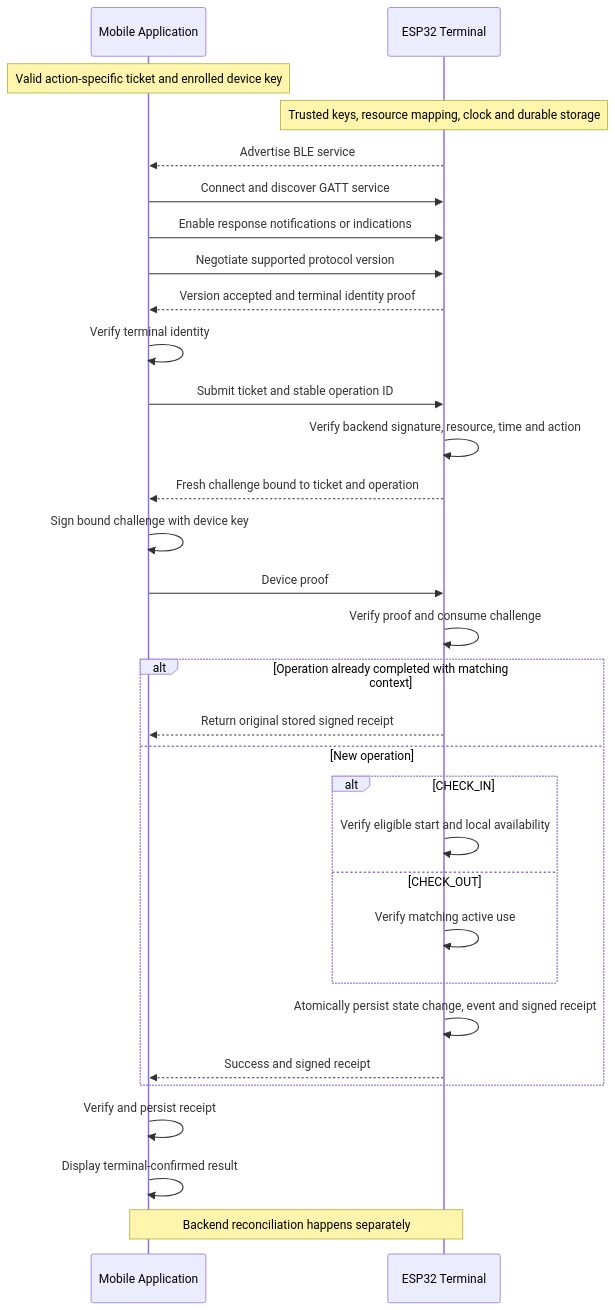
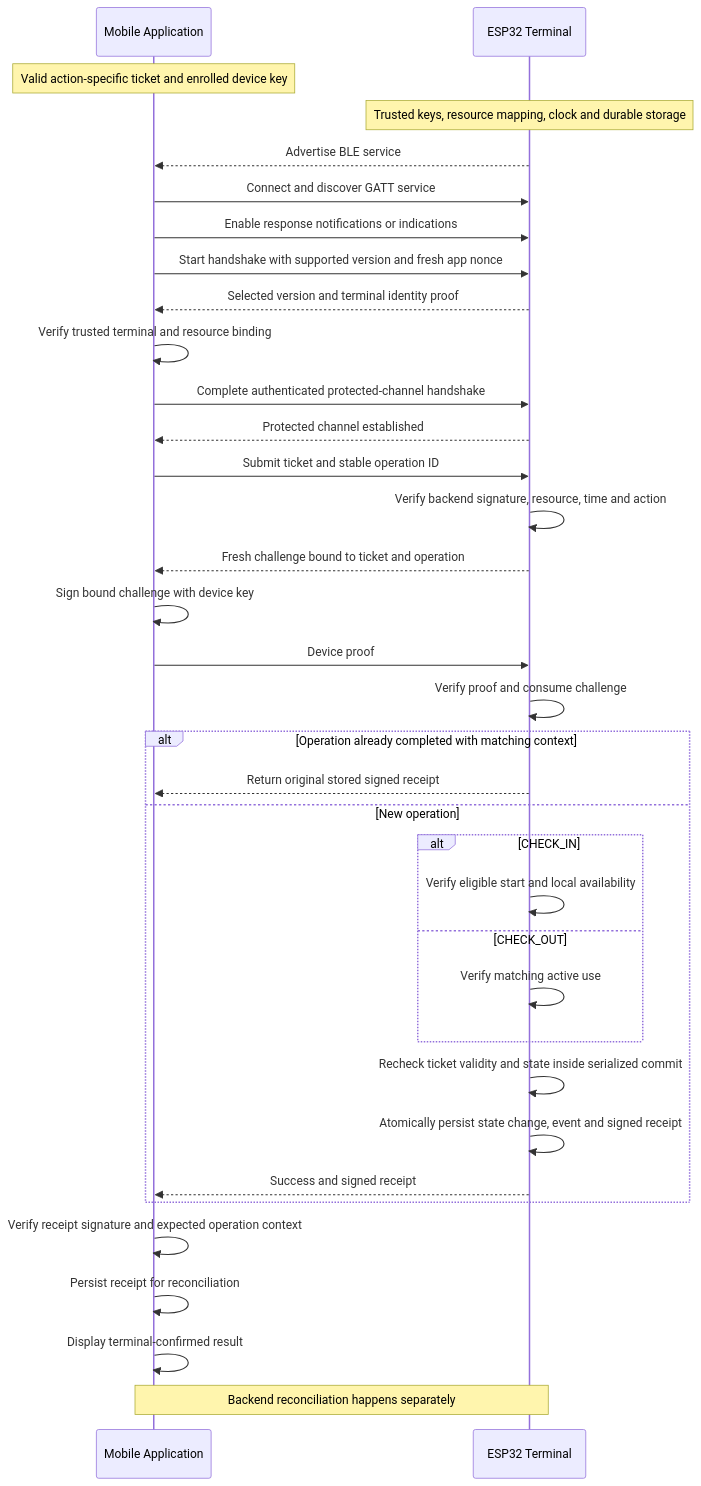
The first of 3 diagrams in docs/ble-communication-flow.md (thomas-sartini/ble-booking-system), drawn with Mermaid before and after one commit. The commit also changed other lines of this file, not shown here.

First line of the commit message:
docs(ble): clarify secure handshake and outcome recovery

````diff
--- a/docs/ble-communication-flow.md
+++ b/docs/ble-communication-flow.md
@@ -25,33 +42,37 @@
 ```mermaid
 sequenceDiagram
     participant App as Mobile Application
     participant T as ESP32 Terminal
     Note over App: Valid action-specific ticket and enrolled device key
     Note over T: Trusted keys, resource mapping, clock and durable storage
     T-->>App: Advertise BLE service
     App->>T: Connect and discover GATT service
     App->>T: Enable response notifications or indications
-    App->>T: Negotiate supported protocol version
-    T-->>App: Version accepted and terminal identity proof
-    App->>App: Verify terminal identity
+    App->>T: Start handshake with supported version and fresh app nonce
+    T-->>App: Selected version and terminal identity proof
+    App->>App: Verify trusted terminal and resource binding
+    App->>T: Complete authenticated protected-channel handshake
+    T-->>App: Protected channel established
     App->>T: Submit ticket and stable operation ID
     T->>T: Verify backend signature, resource, time and action
     T-->>App: Fresh challenge bound to ticket and operation
     App->>App: Sign bound challenge with device key
     App->>T: Device proof
     T->>T: Verify proof and consume challenge
     alt Operation already completed with matching context
         T-->>App: Return original stored signed receipt
     else New operation
         alt CHECK_IN
             T->>T: Verify eligible start and local availability
         else CHECK_OUT
             T->>T: Verify matching active use
         end
+        T->>T: Recheck ticket validity and state inside serialized commit
         T->>T: Atomically persist state change, event and signed receipt
         T-->>App: Success and signed receipt
     end
-    App->>App: Verify and persist receipt
+    App->>App: Verify receipt signature and expected operation context
+    App->>App: Persist receipt for reconciliation
     App->>App: Display terminal-confirmed result
     Note over App,T: Backend reconciliation happens separately
 ```
````
